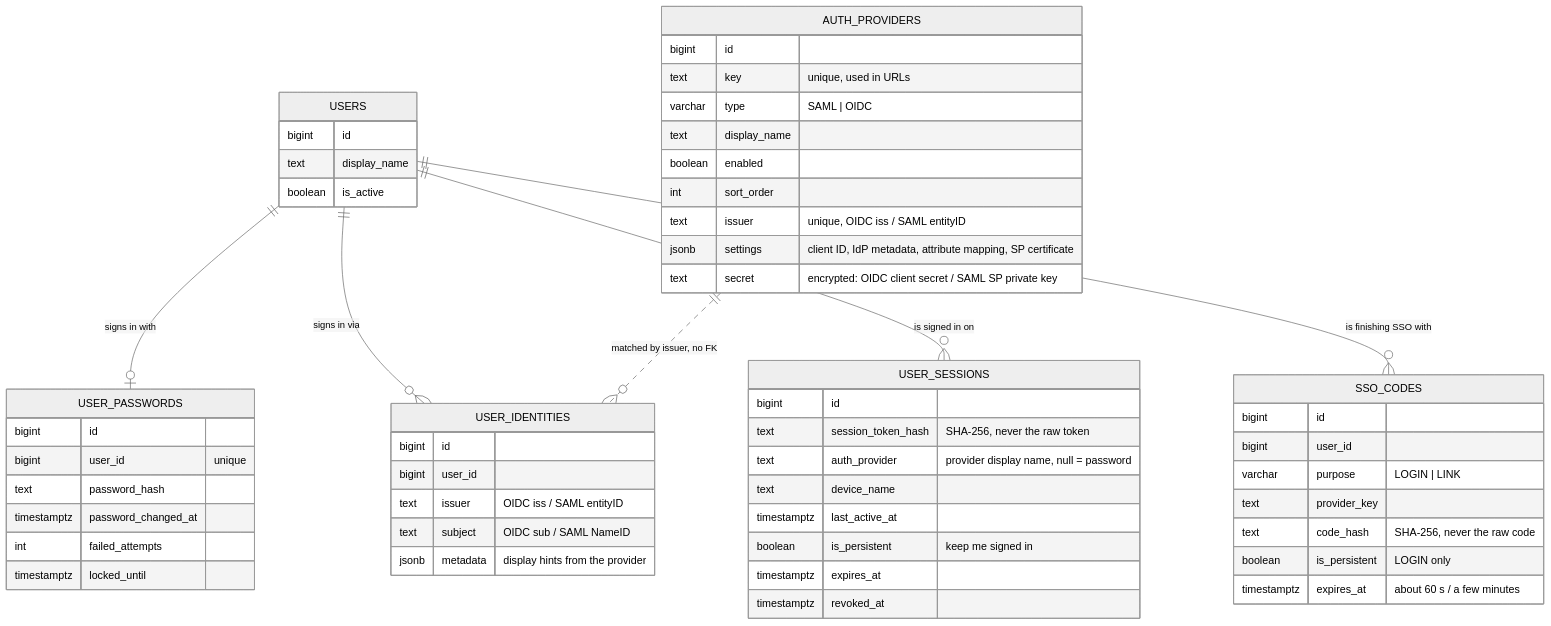
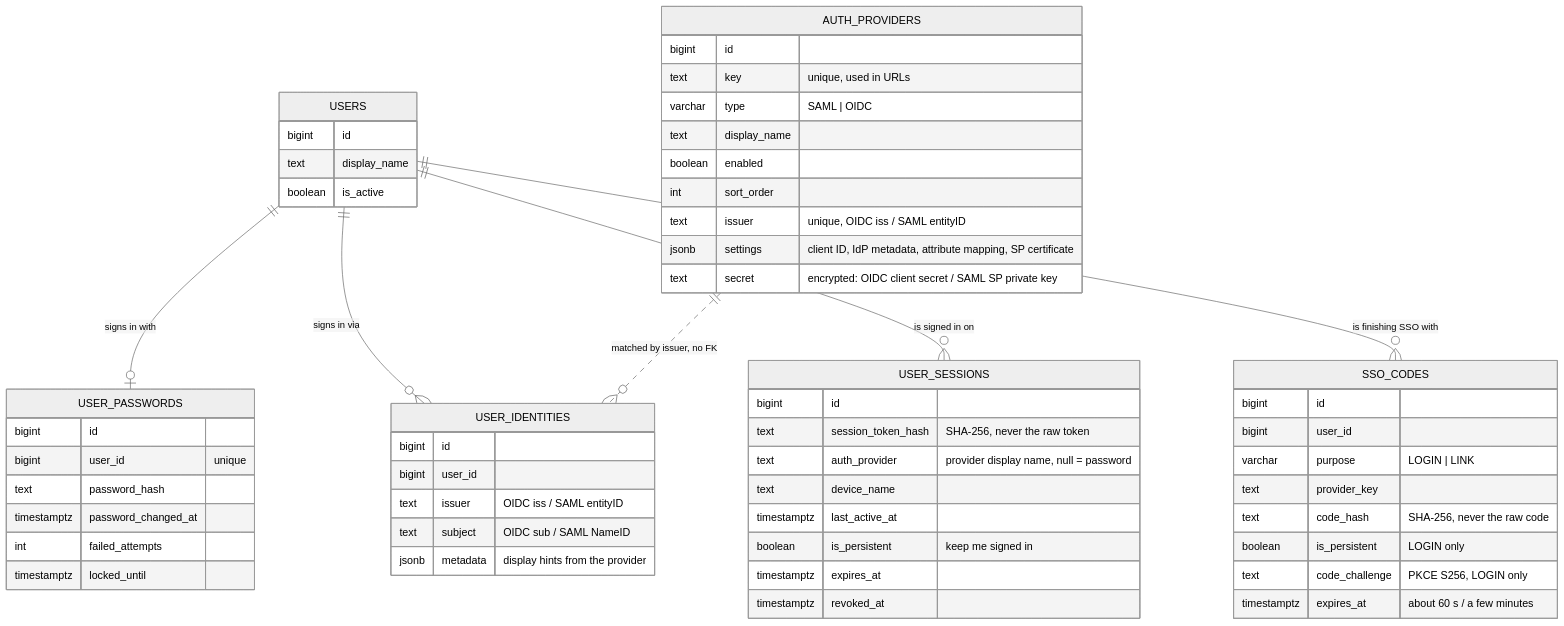
Before and after one commit to openshelves-labs/openshelves: the first of 7 diagrams in docs/api-design/01-auth-sessions.md, drawn with Mermaid (neutral theme). The commit also changed other lines of this file and 33 other files, not shown here.

````diff
--- a/docs/api-design/01-auth-sessions.md
+++ b/docs/api-design/01-auth-sessions.md
@@ -32,59 +32,60 @@
 ```mermaid
 erDiagram
     USERS ||--o| USER_PASSWORDS : "signs in with"
     USERS ||--o{ USER_IDENTITIES : "signs in via"
     USERS ||--o{ USER_SESSIONS : "is signed in on"
     USERS ||--o{ SSO_CODES : "is finishing SSO with"
     AUTH_PROVIDERS ||..o{ USER_IDENTITIES : "matched by issuer, no FK"
 
     USERS {
         bigint id
         text display_name
         boolean is_active
     }
     USER_PASSWORDS {
         bigint id
         bigint user_id "unique"
         text password_hash
         timestamptz password_changed_at
         int failed_attempts
         timestamptz locked_until
     }
     AUTH_PROVIDERS {
         bigint id
         text key "unique, used in URLs"
         varchar type "SAML | OIDC"
         text display_name
         boolean enabled
         int sort_order
         text issuer "unique, OIDC iss / SAML entityID"
         jsonb settings "client ID, IdP metadata, attribute mapping, SP certificate"
         text secret "encrypted: OIDC client secret / SAML SP private key"
     }
     USER_IDENTITIES {
         bigint id
         bigint user_id
         text issuer "OIDC iss / SAML entityID"
         text subject "OIDC sub / SAML NameID"
         jsonb metadata "display hints from the provider"
     }
     SSO_CODES {
         bigint id
         bigint user_id
         varchar purpose "LOGIN | LINK"
         text provider_key
         text code_hash "SHA-256, never the raw code"
         boolean is_persistent "LOGIN only"
+        text code_challenge "PKCE S256, LOGIN only"
         timestamptz expires_at "about 60 s / a few minutes"
     }
     USER_SESSIONS {
         bigint id
         text session_token_hash "SHA-256, never the raw token"
         text auth_provider "provider display name, null = password"
         text device_name
         timestamptz last_active_at
         boolean is_persistent "keep me signed in"
         timestamptz expires_at
         timestamptz revoked_at
     }
 ```
````
